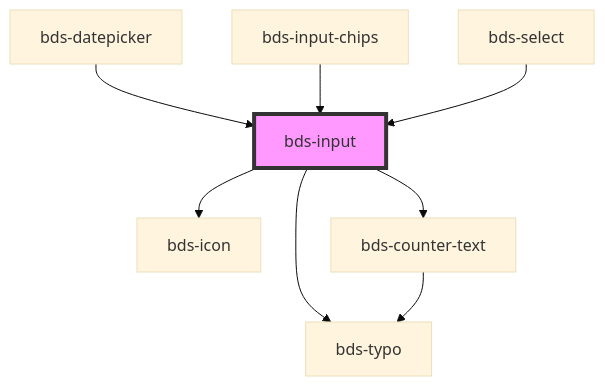
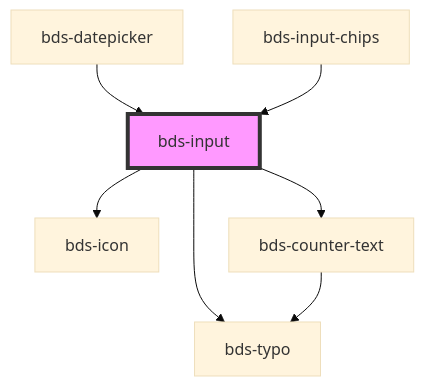
Before and after one commit to takenet/blip-ds: the diagram in src/components/input/readme.md, drawn with Mermaid (base theme). The commit also changed other lines of this file and 5 other files, not shown here.

Commit message:
fix(select): uncapsulate input from select

````diff
--- a/src/components/input/readme.md
+++ b/src/components/input/readme.md
@@ -135,11 +134,10 @@
 ```mermaid
 graph TD;
   bds-input --> bds-icon
   bds-input --> bds-typo
   bds-input --> bds-counter-text
   bds-counter-text --> bds-typo
   bds-datepicker --> bds-input
   bds-input-chips --> bds-input
-  bds-select --> bds-input
   style bds-input fill:#f9f,stroke:#333,stroke-width:4px
 ```
````
